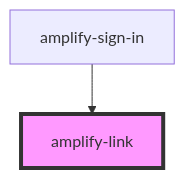
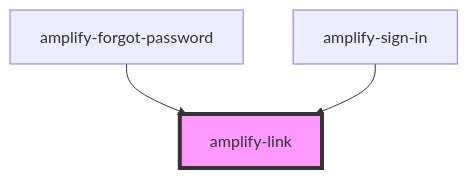
Before and after one commit to aws-amplify/amplify-js: the diagram in packages/amplify-ui-components/src/components/amplify-link/readme.md, drawn with Mermaid. The commit also changed other lines of this file and 32 other files, not shown here.

Commit message:
First pass at amplify-forgot-password component

````diff
--- a/packages/amplify-ui-components/src/components/amplify-link/readme.md
+++ b/packages/amplify-ui-components/src/components/amplify-link/readme.md
@@ -23,5 +24,6 @@
 ```mermaid
 graph TD;
+  amplify-forgot-password --> amplify-link
   amplify-sign-in --> amplify-link
   style amplify-link fill:#f9f,stroke:#333,stroke-width:4px
 ```
````
